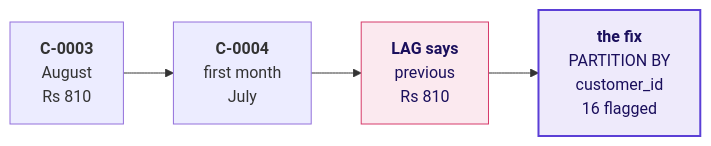
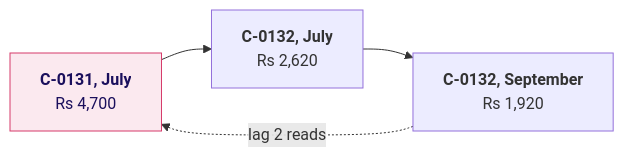
One commit to fde-academy-lab/c2-content-factory changed diagram 16 of 20 in content/W02/D3/slides/C2_W02_D03_half1_STUDENT.md. Above: the diagram before and after it, drawn with Mermaid. The commit also changed other lines of this file and 3 other files, not shown here.

````diff
--- a/content/W02/D3/slides/C2_W02_D03_half1_STUDENT.md
+++ b/content/W02/D3/slides/C2_W02_D03_half1_STUDENT.md
@@ -780,10 +1232,8 @@
 ```mermaid
 flowchart LR
-    A["<b>C-0003</b><br/>August<br/>Rs 810"] --> B["<b>C-0004</b><br/>first month<br/>July"]
-    B --> F["<b>LAG says</b><br/>previous<br/>Rs 810"]
-    F --> P["<b>the fix</b><br/>PARTITION BY<br/>customer_id<br/>16 flagged"]
+    A["<b>C-0131, July</b><br/>Rs 4,700"] --> B["<b>C-0132, July</b><br/>Rs 2,620"]
+    B --> C["<b>C-0132, September</b><br/>Rs 1,920"]
+    C -.->|"lag 2 reads"| A
     classDef bad fill:#FBE9EF,stroke:#D63A6A,color:#1A0F5C
-    classDef known fill:#EEEAFB,stroke:#5B3FD6,color:#1A0F5C,stroke-width:2px
-    class F bad
-    class P known
+    class A bad
 ```
````
